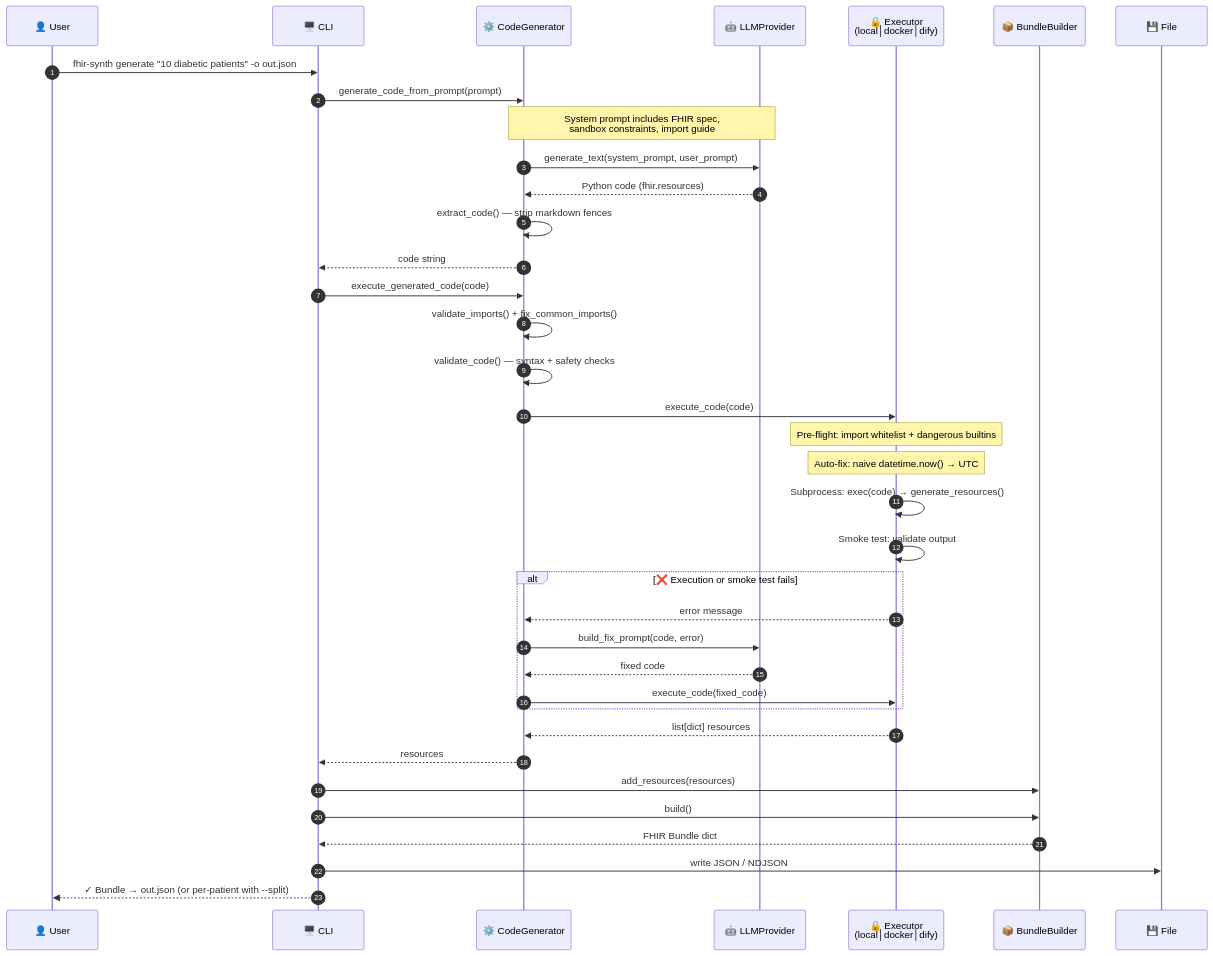
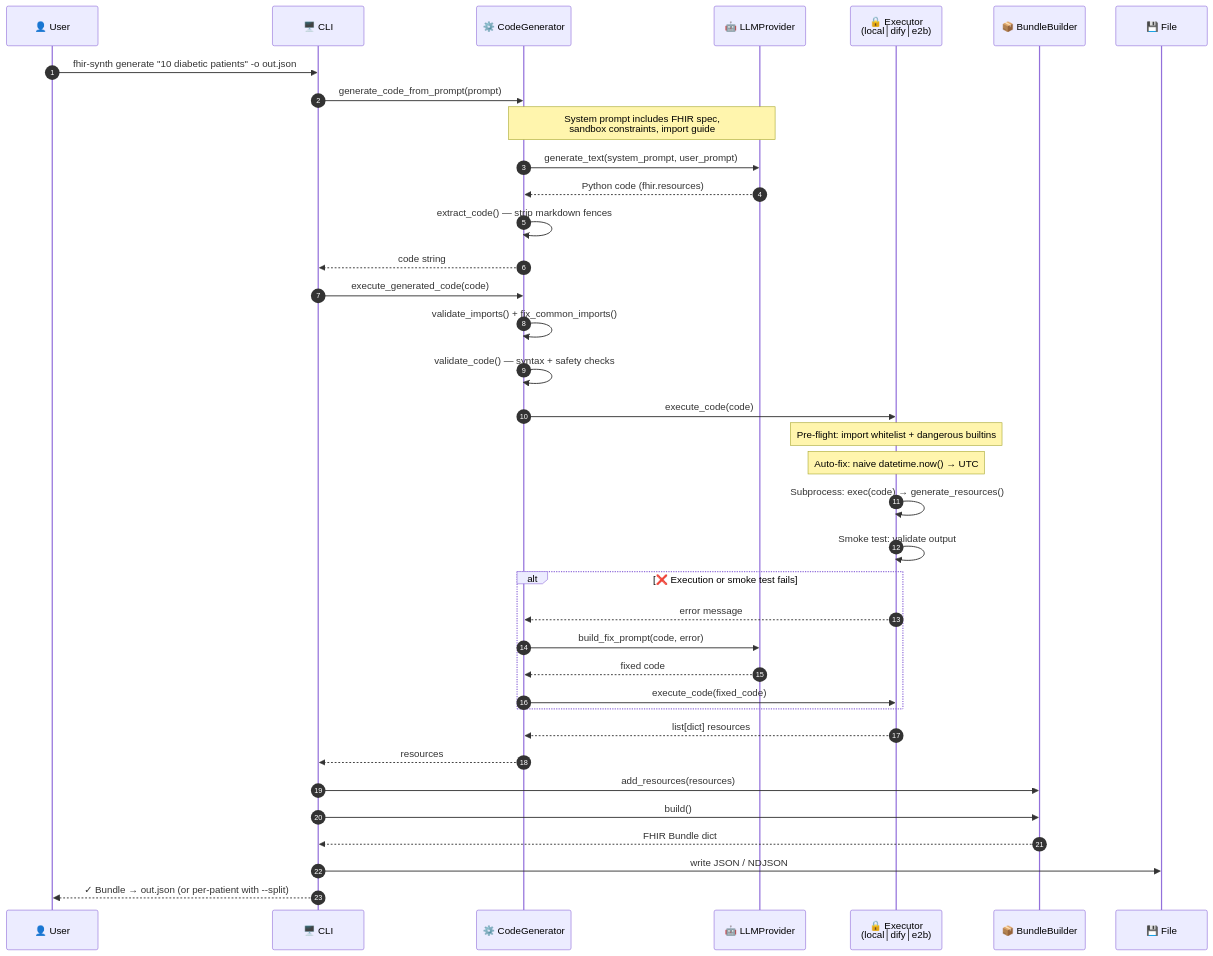
The second of 3 diagrams in docs/architecture.md (alvinhenrick/fhir-synth), drawn with Mermaid before and after one commit. The commit also changed other lines of this file and 15 other files, not shown here.

````diff
--- a/docs/architecture.md
+++ b/docs/architecture.md
@@ -66,47 +66,47 @@
 ```mermaid
 sequenceDiagram
     autonumber
     participant U as 👤 User
     participant CLI as 🖥️ CLI
     participant CG as ⚙️ CodeGenerator
     participant LLM as 🤖 LLMProvider
-    participant EX as 🔒 Executor<br/>(local│docker│dify)
+    participant EX as 🔒 Executor<br/>(local│dify│e2b)
     participant BB as 📦 BundleBuilder
     participant F as 💾 File
 
     U->>CLI: fhir-synth generate "10 diabetic patients" -o out.json
     CLI->>CG: generate_code_from_prompt(prompt)
 
     Note over CG,LLM: System prompt includes FHIR spec,<br/>sandbox constraints, import guide
     CG->>LLM: generate_text(system_prompt, user_prompt)
     LLM-->>CG: Python code (fhir.resources)
     CG->>CG: extract_code() — strip markdown fences
     CG-->>CLI: code string
 
     CLI->>CG: execute_generated_code(code)
     CG->>CG: validate_imports() + fix_common_imports()
     CG->>CG: validate_code() — syntax + safety checks
 
     CG->>EX: execute_code(code)
     Note over EX: Pre-flight: import whitelist + dangerous builtins
     Note over EX: Auto-fix: naive datetime.now() → UTC
     EX->>EX: Subprocess: exec(code) → generate_resources()
     EX->>EX: Smoke test: validate output
 
     alt ❌ Execution or smoke test fails
         EX-->>CG: error message
         CG->>LLM: build_fix_prompt(code, error)
         LLM-->>CG: fixed code
         CG->>EX: execute_code(fixed_code)
     end
 
     EX-->>CG: list[dict] resources
     CG-->>CLI: resources
 
     CLI->>BB: add_resources(resources)
     CLI->>BB: build()
     BB-->>CLI: FHIR Bundle dict
 
     CLI->>F: write JSON / NDJSON
     CLI-->>U: ✓ Bundle → out.json (or per-patient with --split)
 ```
````
